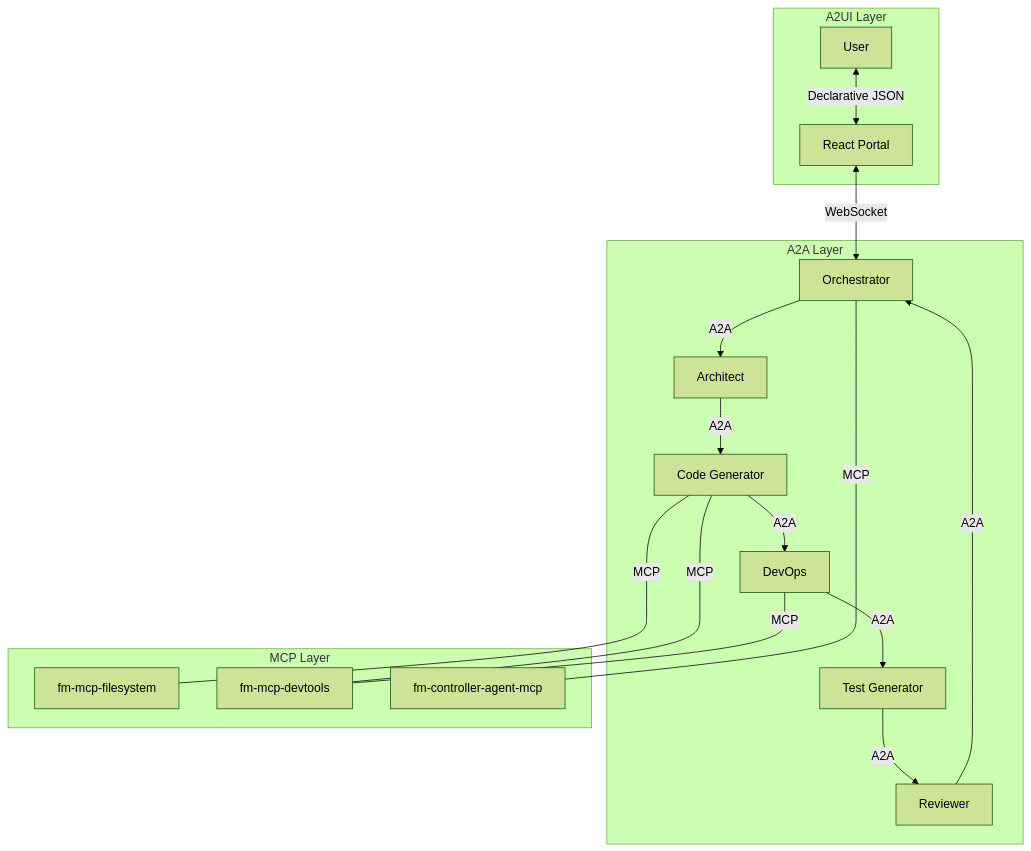
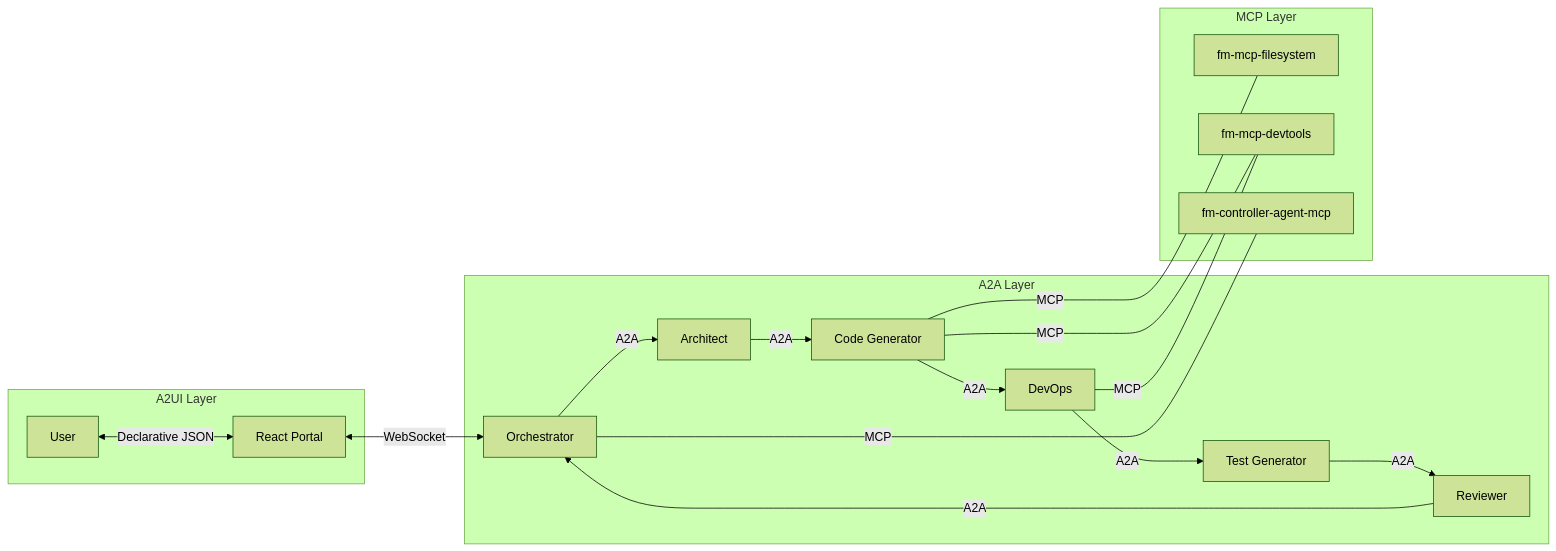
One commit to dshcherbatiuk/forgemaster changed the third of 5 diagrams in docs/pitch-deck.md. Above: the diagram before and after it, drawn with Mermaid (forest theme). The commit also changed other lines of this file and 4 other files, not shown here.

First line of the commit message:
feat: Add pitch deck PDF generator with auto Mermaid rendering

````diff
--- a/docs/pitch-deck.md
+++ b/docs/pitch-deck.md
@@ -83,24 +83,24 @@
 ```mermaid
-flowchart TB
+flowchart LR
     subgraph UI["A2UI Layer"]
         U["User"] <-->|"Declarative JSON"| P["React Portal"]
     end
     subgraph AGENTS["A2A Layer"]
         O["Orchestrator"] -->|"A2A"| AR["Architect"]
         AR -->|"A2A"| CG["Code Generator"]
         CG -->|"A2A"| DV["DevOps"]
         DV -->|"A2A"| TG["Test Generator"]
         TG -->|"A2A"| RV["Reviewer"]
         RV -->|"A2A"| O
     end
     subgraph TOOLS["MCP Layer"]
         FS["fm-mcp-filesystem"]
         DT["fm-mcp-devtools"]
         CT["fm-controller-agent-mcp"]
     end
     P <-->|"WebSocket"| O
     CG ---|"MCP"| FS
     CG ---|"MCP"| DT
     DV ---|"MCP"| DT
     O ---|"MCP"| CT
 ```
````
